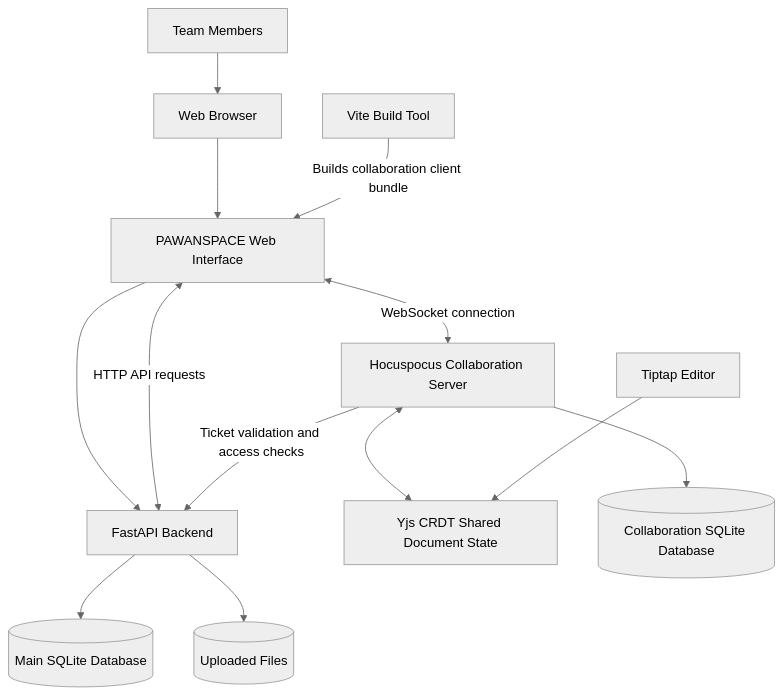
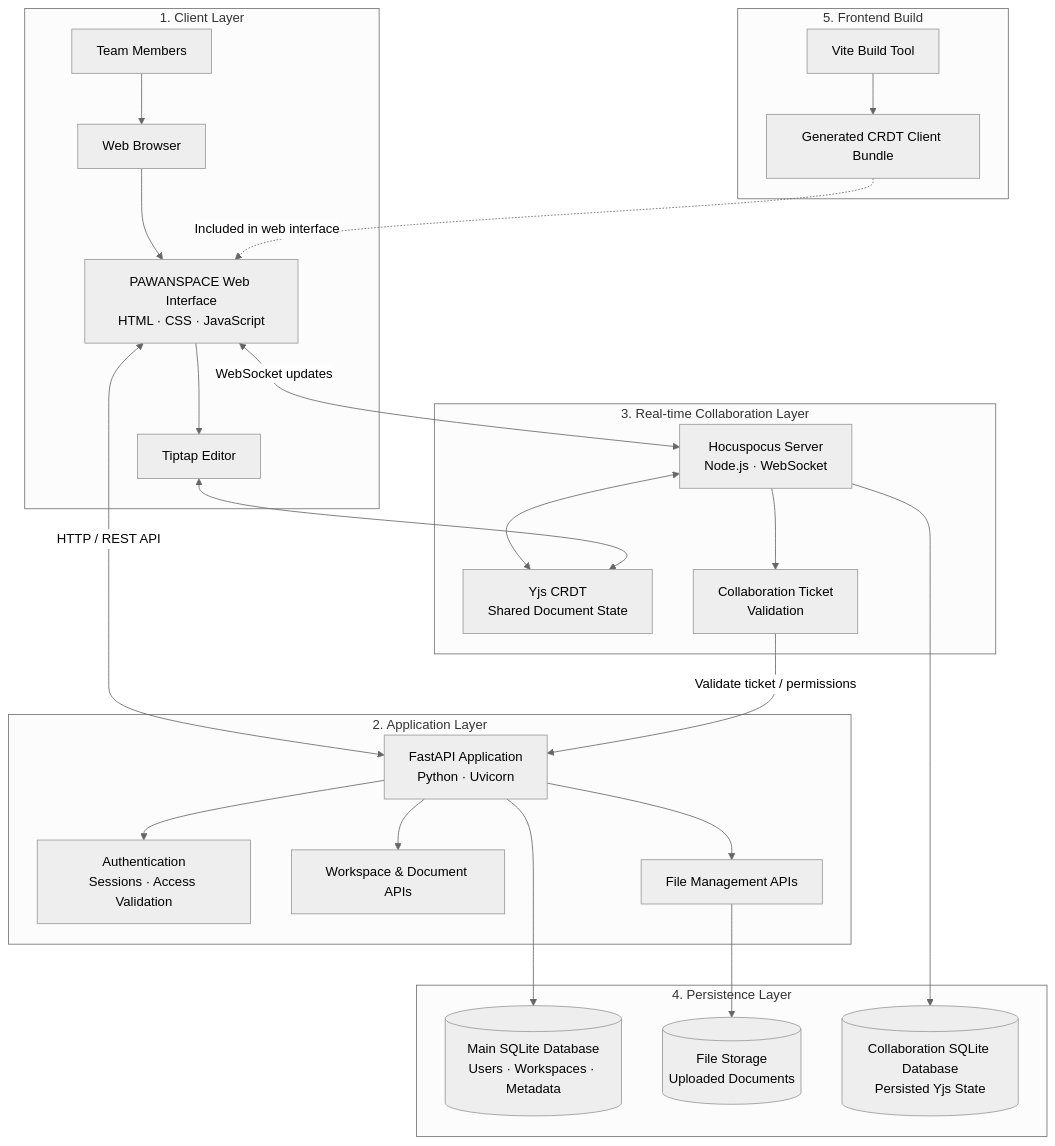
Before and after one commit to PAWAN0207/PAWANSPACE: the diagram in README.md, drawn with Mermaid (neutral theme). The commit also changed other lines of this file, not shown here.

Commit message:
Expand system architecture and add testing report

````diff
--- a/README.md
+++ b/README.md
@@ -57,17 +59,50 @@
 ```mermaid
-flowchart TD
-    USER["Team Members"] --> BROWSER["Web Browser"]
-    BROWSER --> FRONTEND["PAWANSPACE Web Interface"]
-    FRONTEND --> API["FastAPI Backend"]
-    API --> APPDB[("Main SQLite Database")]
-    API --> FILES[("Uploaded Files")]
+flowchart TB
+    subgraph CLIENT["1. Client Layer"]
+        USER["Team Members"]
+        BROWSER["Web Browser"]
+        UI["PAWANSPACE Web Interface<br/>HTML · CSS · JavaScript"]
+        EDITOR["Tiptap Editor"]
+        USER --> BROWSER --> UI
+        UI --> EDITOR
+    end
 
-    FRONTEND <-->|"HTTP API requests"| API
-    FRONTEND <-->|"WebSocket connection"| HUB["Hocuspocus Collaboration Server"]
-    HUB <--> YJS["Yjs CRDT Shared Document State"]
-    HUB --> COLLABDB[("Collaboration SQLite Database")]
-    HUB -->|"Ticket validation and access checks"| API
+    subgraph APP["2. Application Layer"]
+        API["FastAPI Application<br/>Python · Uvicorn"]
+        AUTH["Authentication<br/>Sessions · Access Validation"]
+        WORKSPACE["Workspace & Document APIs"]
+        FILEAPI["File Management APIs"]
+        API --> AUTH
+        API --> WORKSPACE
+        API --> FILEAPI
+    end
 
-    TIPTAP["Tiptap Editor"] --> YJS
-    VITE["Vite Build Tool"] -->|"Builds collaboration client bundle"| FRONTEND
+    subgraph COLLAB["3. Real-time Collaboration Layer"]
+        WS["Hocuspocus Server<br/>Node.js · WebSocket"]
+        YJS["Yjs CRDT<br/>Shared Document State"]
+        TICKET["Collaboration Ticket<br/>Validation"]
+        WS <--> YJS
+        WS --> TICKET
+    end
+
+    subgraph DATA["4. Persistence Layer"]
+        APPDB[("Main SQLite Database<br/>Users · Workspaces · Metadata")]
+        FILES[("File Storage<br/>Uploaded Documents")]
+        CRDTDB[("Collaboration SQLite Database<br/>Persisted Yjs State")]
+    end
+
+    subgraph BUILD["5. Frontend Build"]
+        VITE["Vite Build Tool"]
+        BUNDLE["Generated CRDT Client Bundle"]
+        VITE --> BUNDLE
+    end
+
+    UI <-->|"HTTP / REST API"| API
+    API --> APPDB
+    FILEAPI --> FILES
+    UI <-->|"WebSocket updates"| WS
+    EDITOR <--> YJS
+    TICKET -->|"Validate ticket / permissions"| API
+    WS --> CRDTDB
+    BUNDLE -.->|"Included in web interface"| UI
 ```
````
